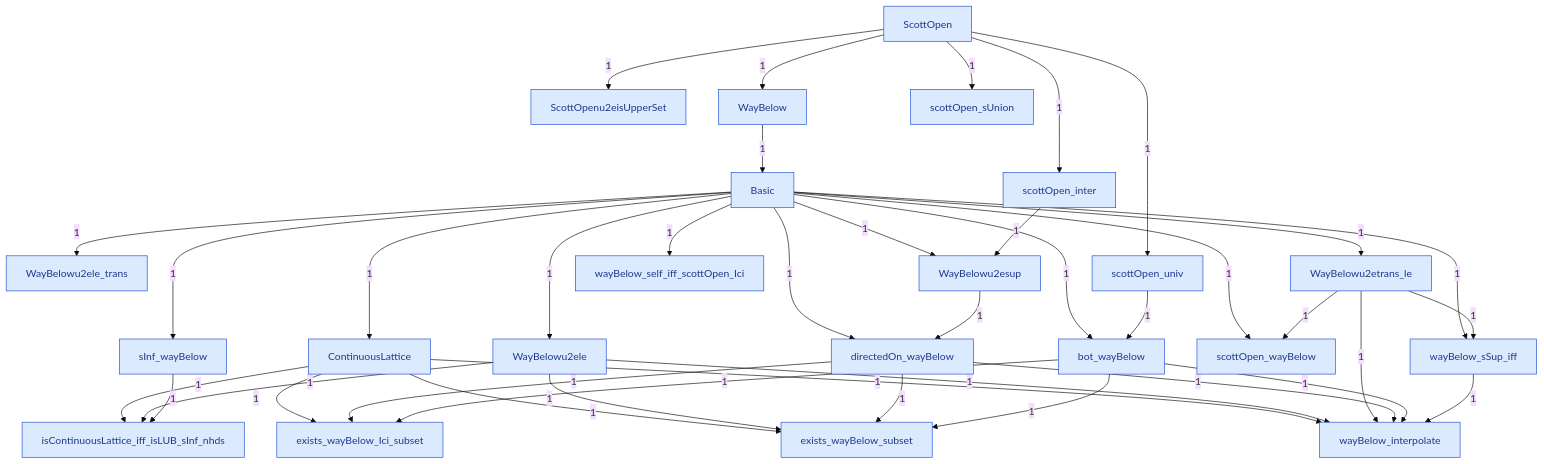
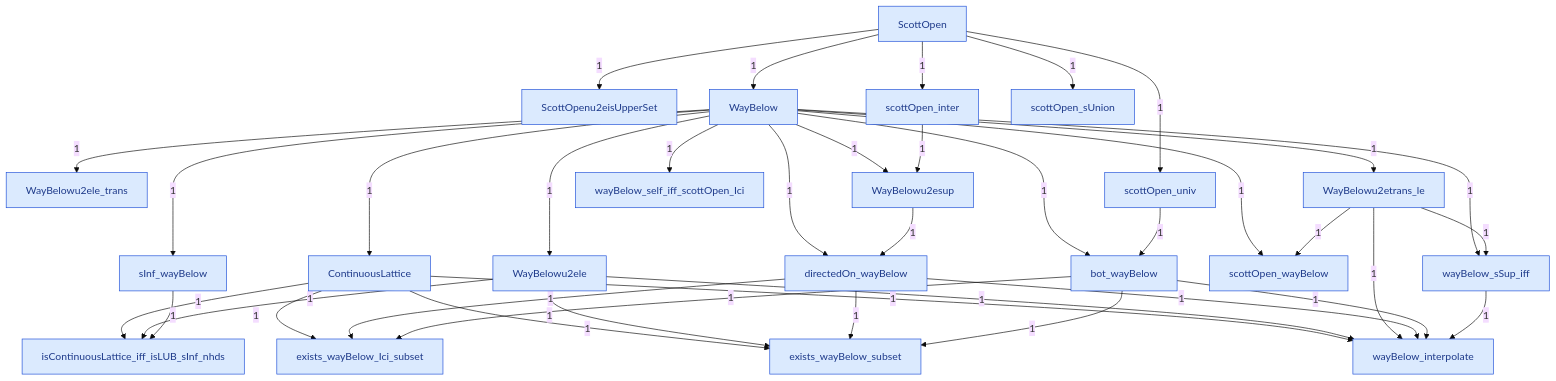
The diagram in DomainTheory/ContinuousLattice/WayBelow/WayBelow.mermaid (catskillsresearch/DomainTheory), drawn with Mermaid (base theme) before and after one commit. The commit also changed 29 other files, not shown here.

Commit message:
Put the way-below infix on the relation, and drop the notation file.

```diff
--- a/DomainTheory/ContinuousLattice/WayBelow/WayBelow.mermaid
+++ b/DomainTheory/ContinuousLattice/WayBelow/WayBelow.mermaid
@@ -1,91 +1,88 @@
-%% Inside WayBelow. A box is one Lean file in this folder, or one subfolder.
+%% Inside WayBelow. A box is one Lean file in this folder.
 %% A box named as another folder is that whole folder. A box named as another chapter is that whole chapter.
 %% The arrowhead points at the file or folder that imports. The label is how many direct imports.
 flowchart TB
   N0["ScottOpen"]
   N1["ScottOpenu2eisUpperSet"]
   N2["WayBelow"]
-  N3["Basic"]
   N4["ContinuousLattice"]
   N5["WayBelowu2ele"]
   N6["WayBelowu2ele_trans"]
   N7["WayBelowu2etrans_le"]
   N8["sInf_wayBelow"]
   N9["isContinuousLattice_iff_isLUB_sInf_nhds"]
   N10["scottOpen_inter"]
   N11["WayBelowu2esup"]
   N12["directedOn_wayBelow"]
   N13["scottOpen_sUnion"]
   N14["scottOpen_univ"]
   N15["bot_wayBelow"]
   N16["exists_wayBelow_Ici_subset"]
   N17["exists_wayBelow_subset"]
   N18["scottOpen_wayBelow"]
   N19["wayBelow_sSup_iff"]
   N20["wayBelow_interpolate"]
   N21["wayBelow_self_iff_scottOpen_Ici"]
 
   N0 -->|"1"| N1
   N0 -->|"1"| N2
-  N2 -->|"1"| N3
-  N3 -->|"1"| N4
-  N3 -->|"1"| N5
-  N3 -->|"1"| N6
-  N3 -->|"1"| N7
-  N3 -->|"1"| N8
+  N2 -->|"1"| N4
+  N2 -->|"1"| N5
+  N2 -->|"1"| N6
+  N2 -->|"1"| N7
+  N2 -->|"1"| N8
   N4 -->|"1"| N9
   N5 -->|"1"| N9
   N8 -->|"1"| N9
   N0 -->|"1"| N10
-  N3 -->|"1"| N11
+  N2 -->|"1"| N11
   N10 -->|"1"| N11
-  N3 -->|"1"| N12
+  N2 -->|"1"| N12
   N11 -->|"1"| N12
   N0 -->|"1"| N13
   N0 -->|"1"| N14
-  N3 -->|"1"| N15
+  N2 -->|"1"| N15
   N14 -->|"1"| N15
   N4 -->|"1"| N16
   N12 -->|"1"| N16
   N15 -->|"1"| N16
   N4 -->|"1"| N17
   N5 -->|"1"| N17
   N12 -->|"1"| N17
   N15 -->|"1"| N17
-  N3 -->|"1"| N18
+  N2 -->|"1"| N18
   N7 -->|"1"| N18
-  N3 -->|"1"| N19
+  N2 -->|"1"| N19
   N7 -->|"1"| N19
   N4 -->|"1"| N20
   N5 -->|"1"| N20
   N7 -->|"1"| N20
   N12 -->|"1"| N20
   N15 -->|"1"| N20
   N19 -->|"1"| N20
-  N3 -->|"1"| N21
+  N2 -->|"1"| N21
 
   classDef file fill:#dbeafe,stroke:#1d4ed8,color:#1e3a8a
   classDef ext fill:#f3f4f6,stroke:#374151,color:#111827
 
   class N0 file
   class N1 file
   class N2 file
-  class N3 file
   class N4 file
   class N5 file
   class N6 file
   class N7 file
   class N8 file
   class N9 file
   class N10 file
   class N11 file
   class N12 file
   class N13 file
   class N14 file
   class N15 file
   class N16 file
   class N17 file
   class N18 file
   class N19 file
   class N20 file
   class N21 file
```
